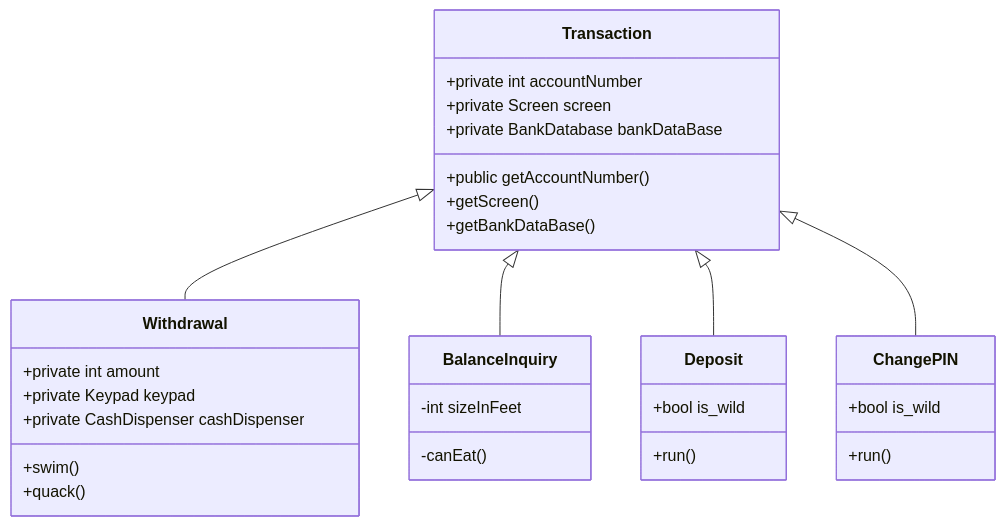
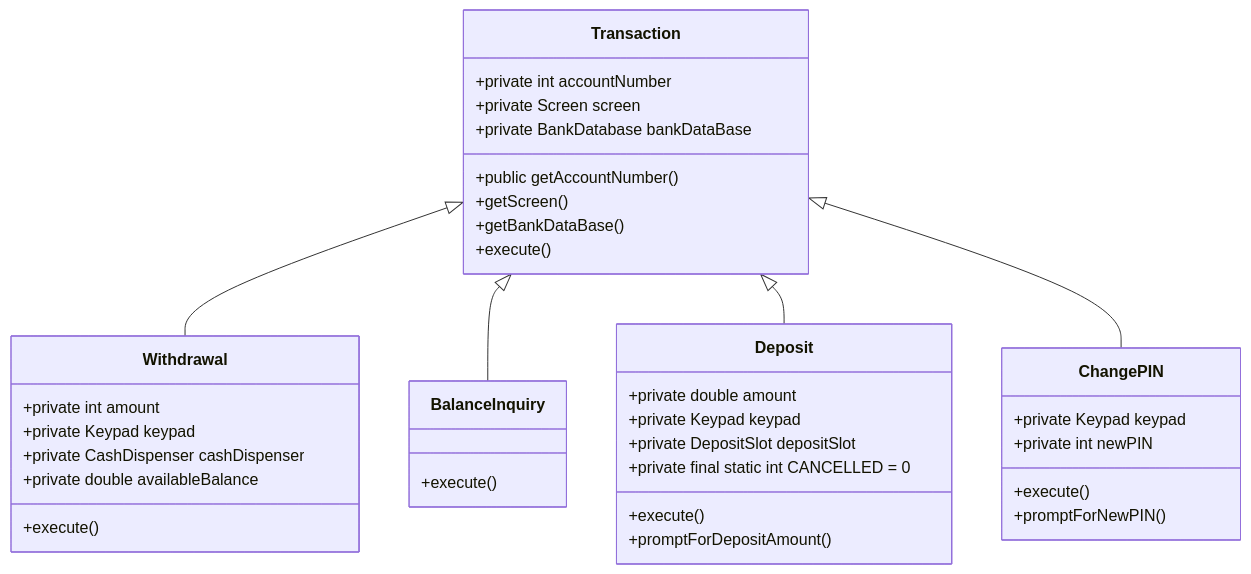
The diagram in README.md (octochet/ATM), drawn with Mermaid before and after one commit.

````diff
--- a/README.md
+++ b/README.md
@@ -67,32 +67,38 @@
 ```mermaid
 classDiagram
       Transaction <|-- Withdrawal
       Transaction <|-- BalanceInquiry
       Transaction <|-- Deposit
       Transaction <|-- ChangePIN
       Transaction : +private int accountNumber
       Transaction : +private Screen screen
       Transaction : +private BankDatabase bankDataBase
       Transaction: +public getAccountNumber()
       Transaction: +getScreen()
       Transaction: +getBankDataBase()
+      Transaction: +execute()
       class Withdrawal{
           +private int amount
           +private Keypad keypad
           +private CashDispenser cashDispenser
-          +swim()
-          +quack()
+          +private double availableBalance
+          +execute()
       }
       class BalanceInquiry{
-          -int sizeInFeet
-          -canEat()
+          +execute()
+      }
+      class ChangePIN{
+          +private Keypad keypad
+          +private int newPIN
+          +execute()
+          +promptForNewPIN()
       }
       class Deposit{
-          +bool is_wild
-          +run()
-      }
-      class ChangePIN{
-          +bool is_wild
-          +run()
+          +private double amount
+          +private Keypad keypad
+          +private DepositSlot depositSlot
+          +private final static int CANCELLED = 0
+          +execute()
+          +promptForDepositAmount()
       }
 ```
````
